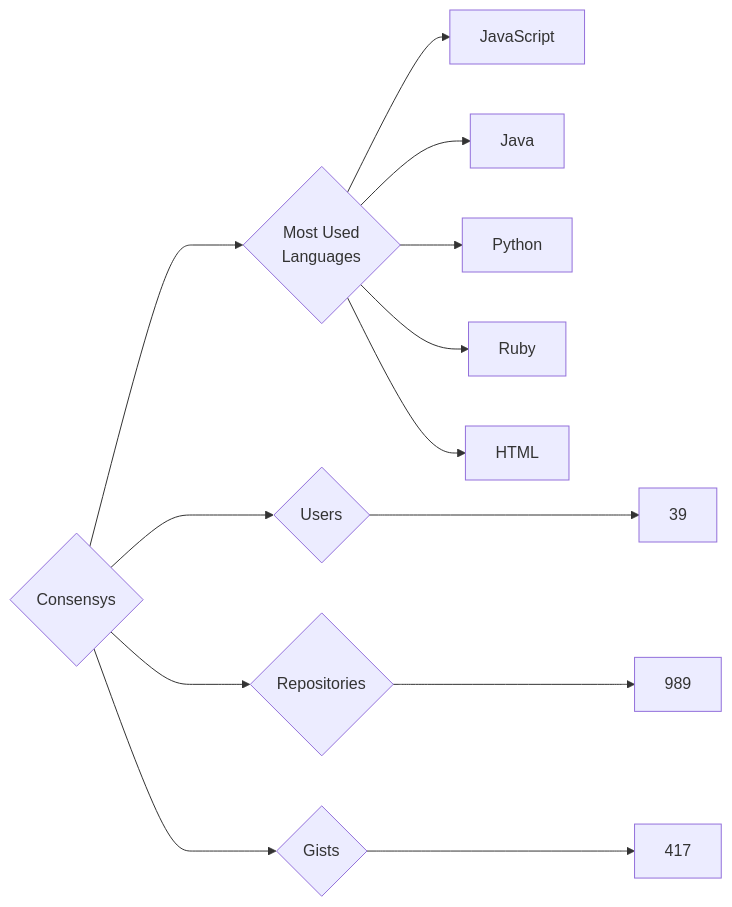
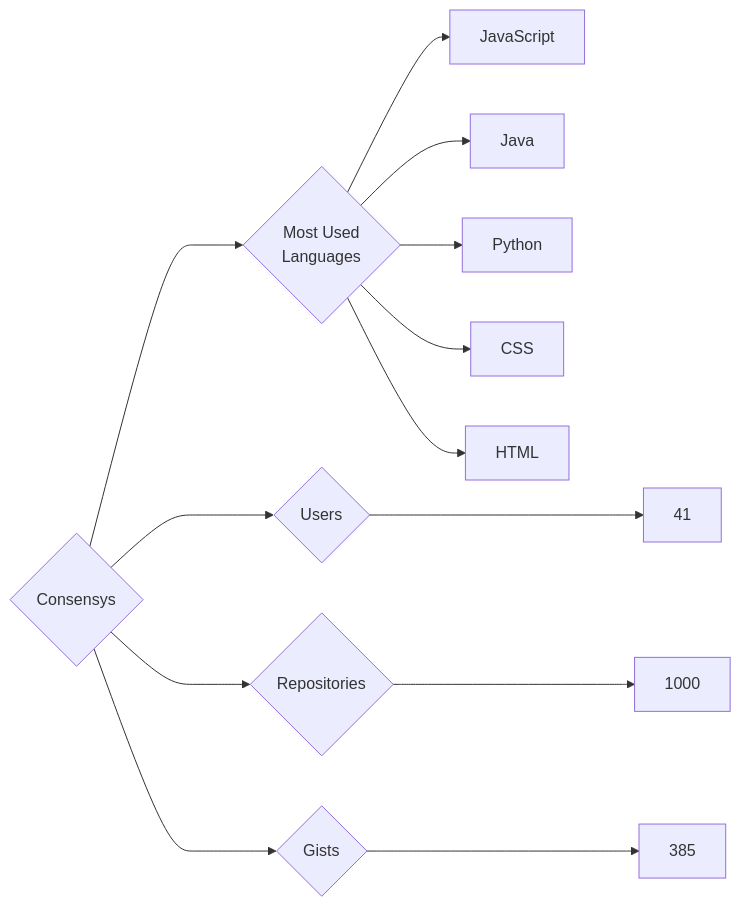
One commit to trickest/insiders changed the diagram in targets/Consensys/README.md. Above: the diagram before and after it, drawn with Mermaid. The commit also changed 874 other files, not shown here.

````diff
--- a/targets/Consensys/README.md
+++ b/targets/Consensys/README.md
@@ -3,13 +3,13 @@
 ```mermaid
 graph LR
 COMPANY_NAME{Consensys}
-COMPANY_NAME ---> U{Users} ---> UN[39]
-COMPANY_NAME ---> R{Repositories} ---> RN[989]
-COMPANY_NAME ---> G{Gists} ---> GN[417]
+COMPANY_NAME ---> U{Users} ---> UN[41]
+COMPANY_NAME ---> R{Repositories} ---> RN[1000]
+COMPANY_NAME ---> G{Gists} ---> GN[385]
 COMPANY_NAME ---> ML{Most Used<br>Languages}
 ML --> JavaScript[JavaScript]
 ML --> Java[Java]
 ML --> Python[Python]
-ML --> Ruby[Ruby]
+ML --> CSS[CSS]
 ML --> HTML[HTML]
 ```
````
